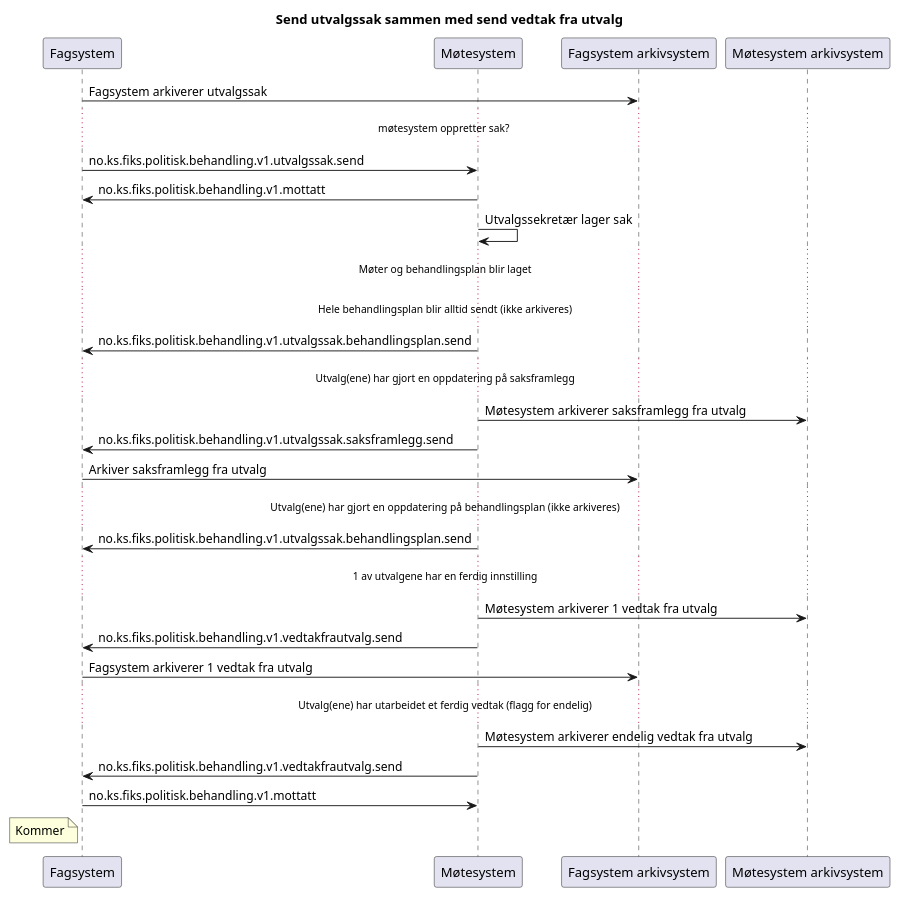
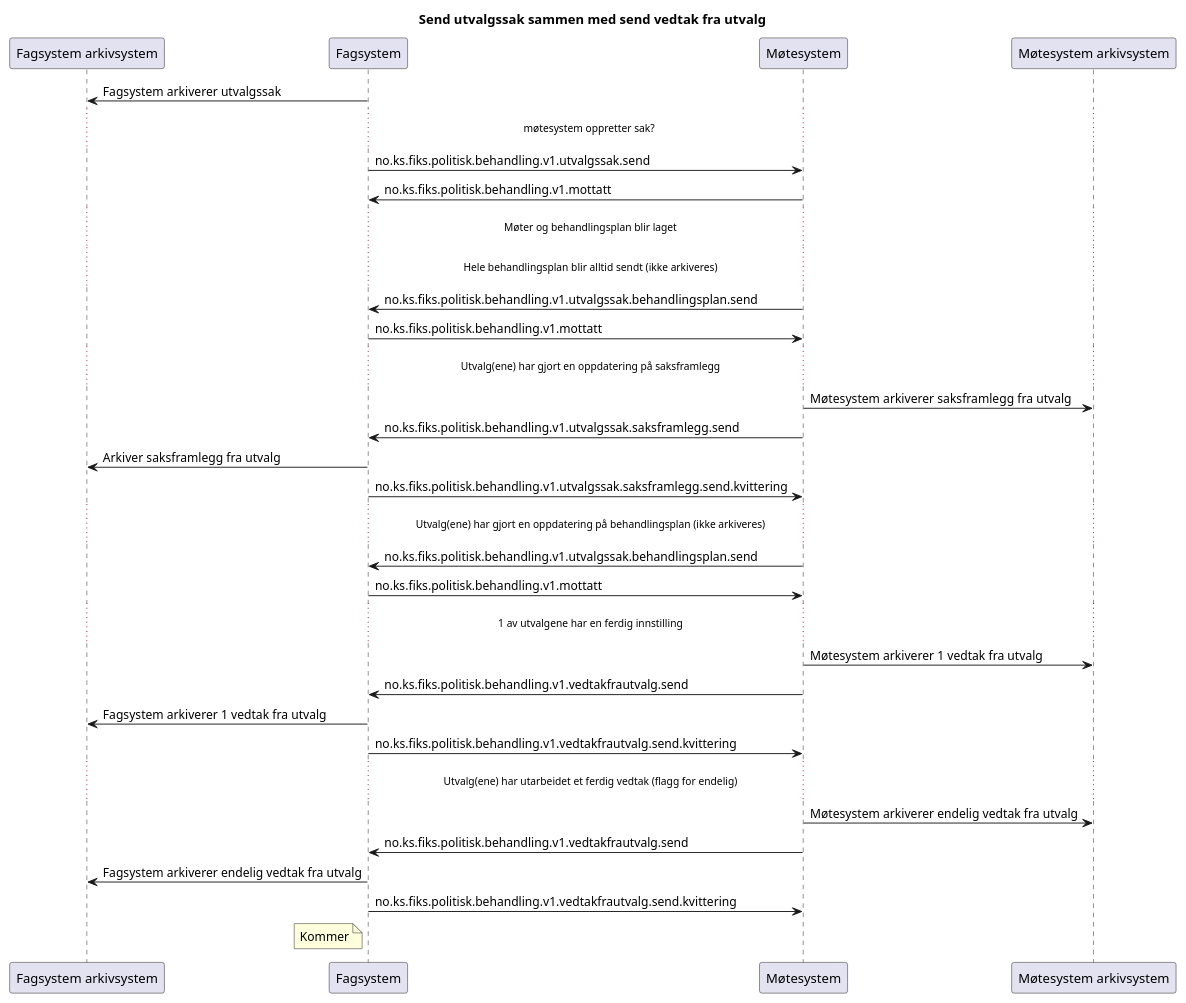
The diagram in Dokumentasjon/V1/meldingsutveksling/utvalgssak-send-med-vedtakfrautvalg-send/sekvensdiagram/sekvensdiagram-utvalgssak-send-med-vedtakfrautvalg-send.puml (ks-no/fiks-politisk-behandling-specification), drawn with PlantUML before and after one commit.

Commit message:
Flyttet arkiv

```diff
--- a/Dokumentasjon/V1/meldingsutveksling/utvalgssak-send-med-vedtakfrautvalg-send/sekvensdiagram/sekvensdiagram-utvalgssak-send-med-vedtakfrautvalg-send.puml
+++ b/Dokumentasjon/V1/meldingsutveksling/utvalgssak-send-med-vedtakfrautvalg-send/sekvensdiagram/sekvensdiagram-utvalgssak-send-med-vedtakfrautvalg-send.puml
@@ -1,51 +1,59 @@
 @startuml
 title "Send utvalgssak sammen med send vedtak fra utvalg"
 
 
+participant Arkivsystem as "Fagsystem arkivsystem"
 participant Fagsystem as "Fagsystem"
 participant Møtesystem as "Møtesystem"
-participant Arkivsystem as "Fagsystem arkivsystem"
 participant Arkivsystem2 as "Møtesystem arkivsystem"
 
 Fagsystem -> Arkivsystem : Fagsystem arkiverer utvalgssak
 
 ...møtesystem oppretter sak? ...
 
 Fagsystem -> Møtesystem : no.ks.fiks.politisk.behandling.v1.utvalgssak.send
 Fagsystem <- Møtesystem : no.ks.fiks.politisk.behandling.v1.mottatt
 
-Møtesystem -> Møtesystem : Utvalgssekretær lager sak
 ...Møter og behandlingsplan blir laget...
 ...Hele behandlingsplan blir alltid sendt (ikke arkiveres)...
 
 Fagsystem <- Møtesystem : no.ks.fiks.politisk.behandling.v1.utvalgssak.behandlingsplan.send
+Fagsystem -> Møtesystem : no.ks.fiks.politisk.behandling.v1.mottatt
+
 
 ...Utvalg(ene) har gjort en oppdatering på saksframlegg...
 
 Møtesystem -> Arkivsystem2 : Møtesystem arkiverer saksframlegg fra utvalg
 Fagsystem <- Møtesystem : no.ks.fiks.politisk.behandling.v1.utvalgssak.saksframlegg.send
 Fagsystem -> Arkivsystem : Arkiver saksframlegg fra utvalg
+Fagsystem -> Møtesystem : no.ks.fiks.politisk.behandling.v1.utvalgssak.saksframlegg.send.kvittering
 
 
 ...Utvalg(ene) har gjort en oppdatering på behandlingsplan (ikke arkiveres)...
 
 Fagsystem <- Møtesystem : no.ks.fiks.politisk.behandling.v1.utvalgssak.behandlingsplan.send
+Fagsystem -> Møtesystem : no.ks.fiks.politisk.behandling.v1.mottatt
+
+
+
 
 ...1 av utvalgene har en ferdig innstilling...
 
 Møtesystem -> Arkivsystem2 : Møtesystem arkiverer 1 vedtak fra utvalg
 Møtesystem -> Fagsystem : no.ks.fiks.politisk.behandling.v1.vedtakfrautvalg.send
 Fagsystem -> Arkivsystem : Fagsystem arkiverer 1 vedtak fra utvalg
+Fagsystem -> Møtesystem : no.ks.fiks.politisk.behandling.v1.vedtakfrautvalg.send.kvittering
 
 
 ...Utvalg(ene) har utarbeidet et ferdig vedtak (flagg for endelig)...
 
 Møtesystem -> Arkivsystem2 : Møtesystem arkiverer endelig vedtak fra utvalg
 Møtesystem -> Fagsystem : no.ks.fiks.politisk.behandling.v1.vedtakfrautvalg.send
-Møtesystem <- Fagsystem : no.ks.fiks.politisk.behandling.v1.mottatt
+Fagsystem -> Arkivsystem : Fagsystem arkiverer endelig vedtak fra utvalg
+Fagsystem -> Møtesystem : no.ks.fiks.politisk.behandling.v1.vedtakfrautvalg.send.kvittering
 
 note left of Fagsystem
 Kommer
 end note
 
 @enduml
```
